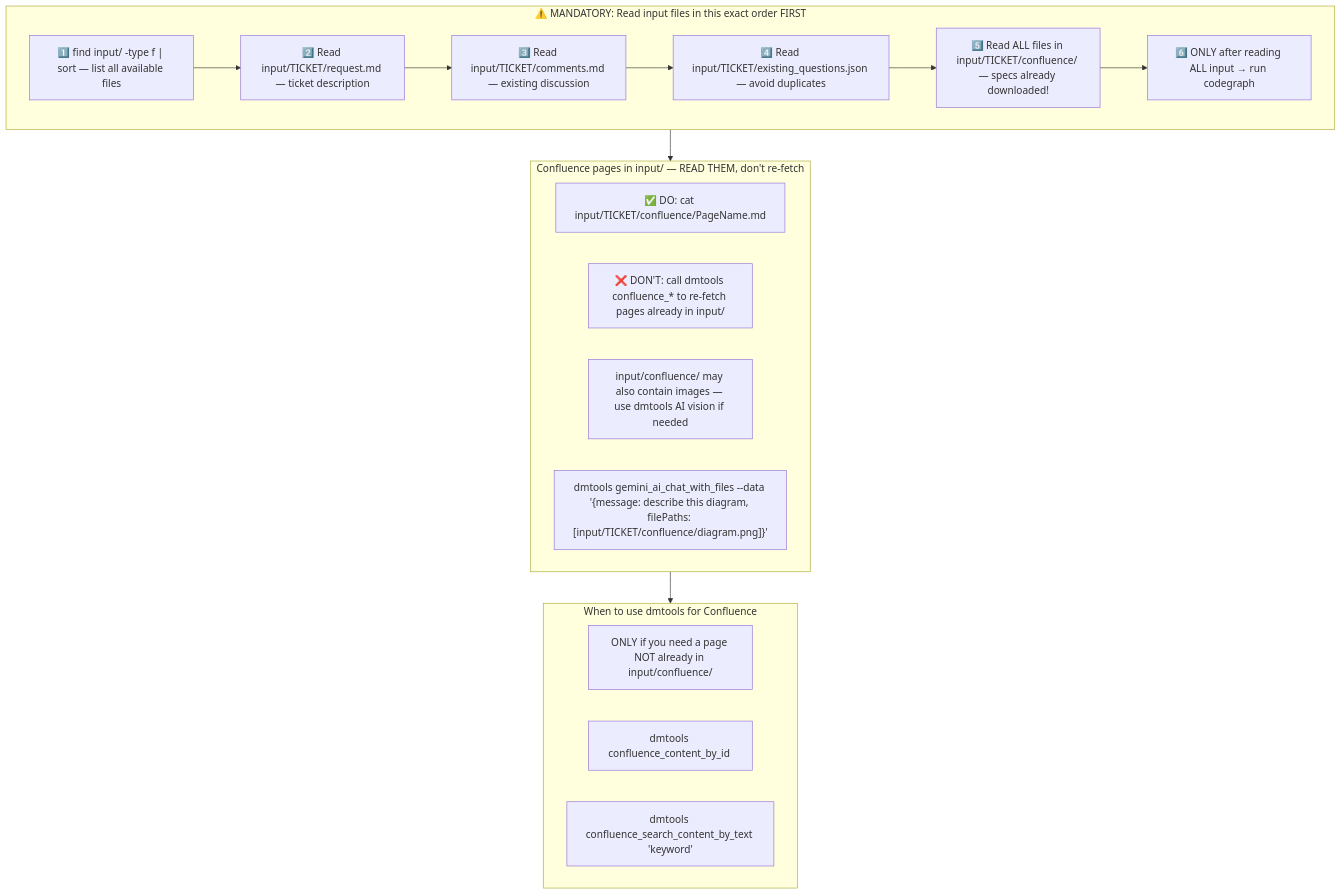
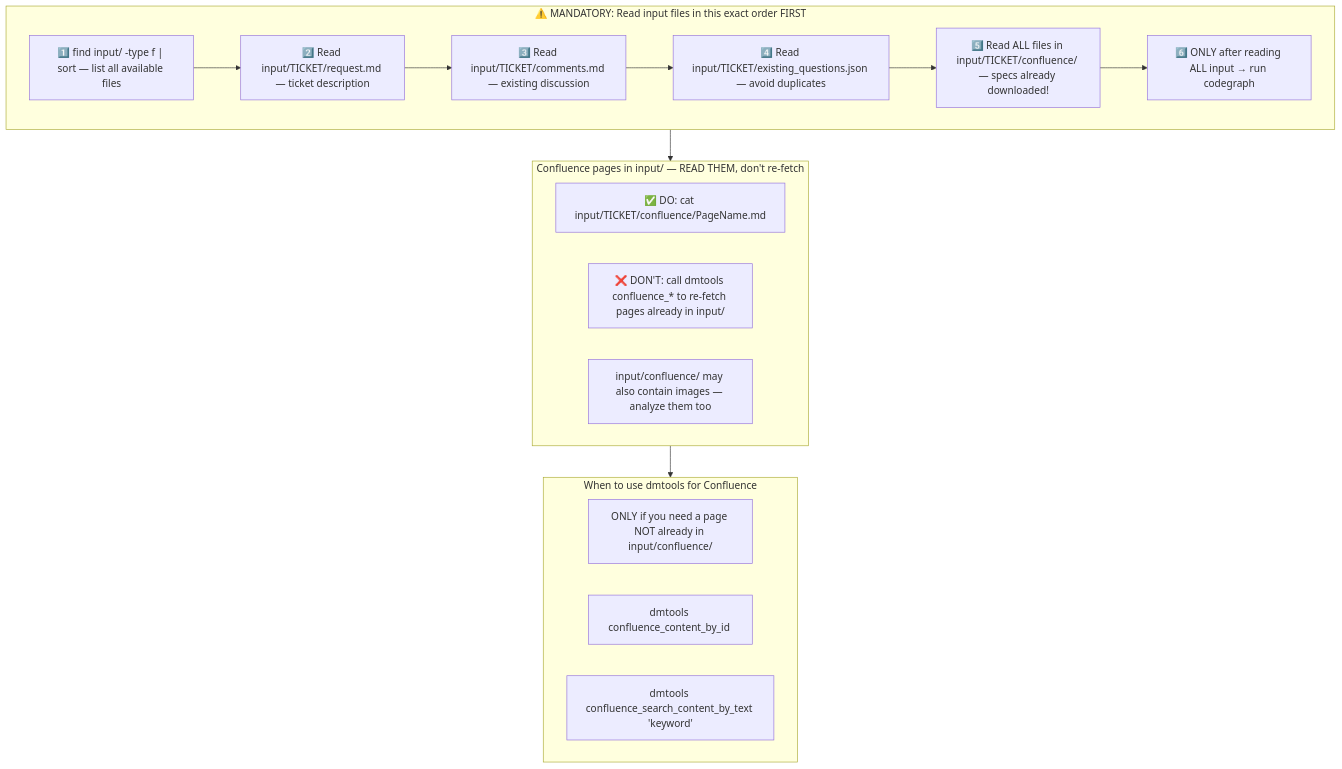
Before and after one commit to uladzimir-klyshevich-epam/dmtools-agents: the diagram in instructions/story_questions/file_handling.md, drawn with Mermaid.

Commit message:
fix(story_questions): remove redundant image analysis instructions

````diff
--- a/instructions/story_questions/file_handling.md
+++ b/instructions/story_questions/file_handling.md
@@ -1,27 +1,26 @@
 ```mermaid
 flowchart TD
     subgraph INPUT_ORDER["⚠️ MANDATORY: Read input files in this exact order FIRST"]
         I1["1️⃣ find input/ -type f | sort — list all available files"]
         I2["2️⃣ Read input/TICKET/request.md — ticket description"]
         I3["3️⃣ Read input/TICKET/comments.md — existing discussion"]
         I4["4️⃣ Read input/TICKET/existing_questions.json — avoid duplicates"]
         I5["5️⃣ Read ALL files in input/TICKET/confluence/ — specs already downloaded!"]
         I6["6️⃣ ONLY after reading ALL input → run codegraph"]
         I1 --> I2 --> I3 --> I4 --> I5 --> I6
     end
 
     subgraph CONFLUENCE_RULE["Confluence pages in input/ — READ THEM, don't re-fetch"]
         C1["✅ DO: cat input/TICKET/confluence/PageName.md"]
         C2["❌ DON'T: call dmtools confluence_* to re-fetch pages already in input/"]
-        C3["input/confluence/ may also contain images — use dmtools AI vision if needed"]
-        C3b["dmtools gemini_ai_chat_with_files --data '{message: describe this diagram, filePaths: [input/TICKET/confluence/diagram.png]}'"]
+        C3["input/confluence/ may also contain images — analyze them too"]
     end
 
     subgraph DMTOOLS_RULE["When to use dmtools for Confluence"]
         D1["ONLY if you need a page NOT already in input/confluence/"]
         D2["dmtools confluence_content_by_id <id>"]
         D3["dmtools confluence_search_content_by_text 'keyword'"]
     end
 
     INPUT_ORDER --> CONFLUENCE_RULE --> DMTOOLS_RULE
 ```
````
